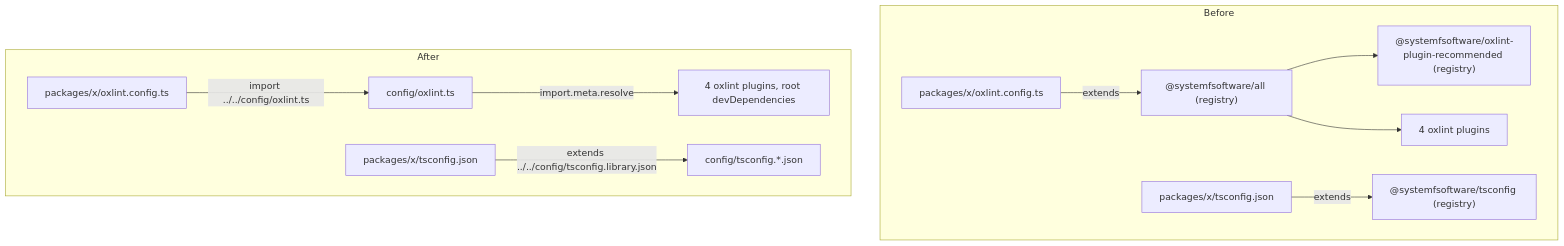
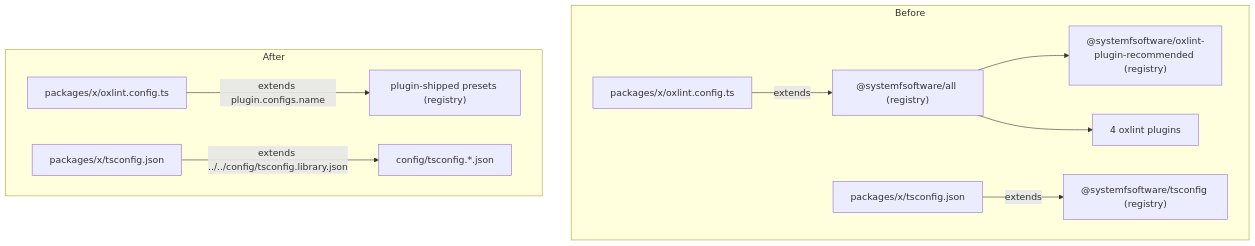
Before and after one commit to systemfsoftware/pnpm-release-management: the diagram in docs/plans/2026-10-08-2339-chore-own-tool-configs-plan.md, drawn with Mermaid. The commit also changed other lines of this file, not shown here.

First line of the commit message:
docs(plans): take shared lint rules from plugin-shipped presets

````diff
--- a/docs/plans/2026-10-08-2339-chore-own-tool-configs-plan.md
+++ b/docs/plans/2026-10-08-2339-chore-own-tool-configs-plan.md
@@ -108,14 +106,13 @@
 ```mermaid
 flowchart TB
   subgraph Before
     P1[packages/x/oxlint.config.ts] -->|extends| ALL["@systemfsoftware/all (registry)"]
     ALL --> REC["@systemfsoftware/oxlint-plugin-recommended (registry)"]
     ALL --> PL1[4 oxlint plugins]
     T1[packages/x/tsconfig.json] -->|extends| TSC["@systemfsoftware/tsconfig (registry)"]
   end
   subgraph After
-    P2[packages/x/oxlint.config.ts] -->|"import ../../config/oxlint.ts"| OB[config/oxlint.ts]
-    OB -->|"import.meta.resolve"| PL2[4 oxlint plugins, root devDependencies]
+    P2[packages/x/oxlint.config.ts] -->|"extends plugin.configs.name"| PL2["plugin-shipped presets (registry)"]
     T2[packages/x/tsconfig.json] -->|"extends ../../config/tsconfig.library.json"| TB[config/tsconfig.*.json]
   end
 ```
````
